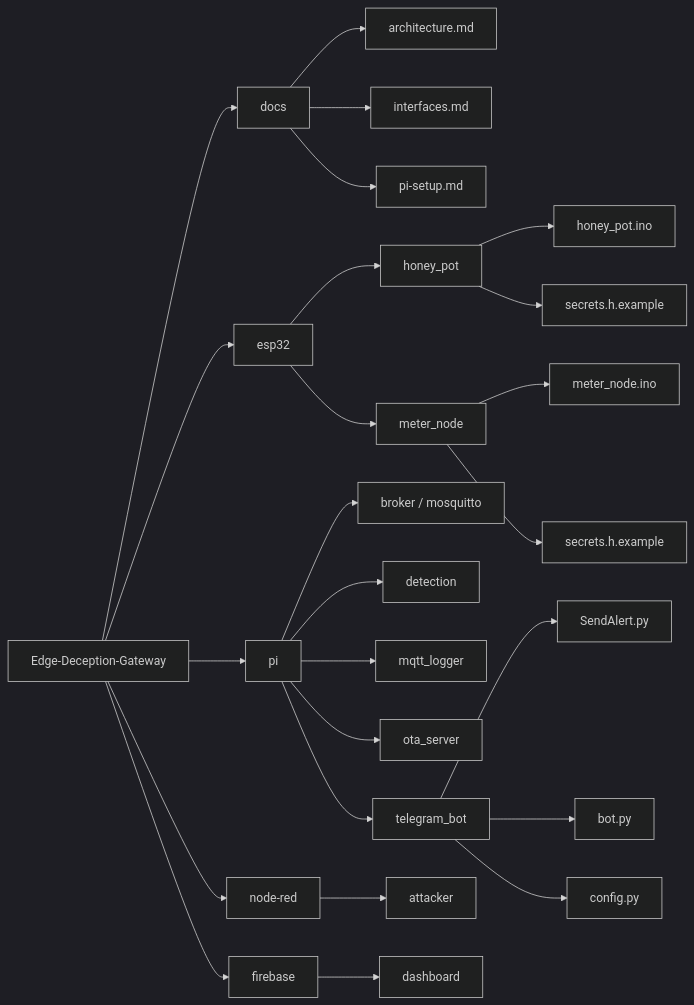
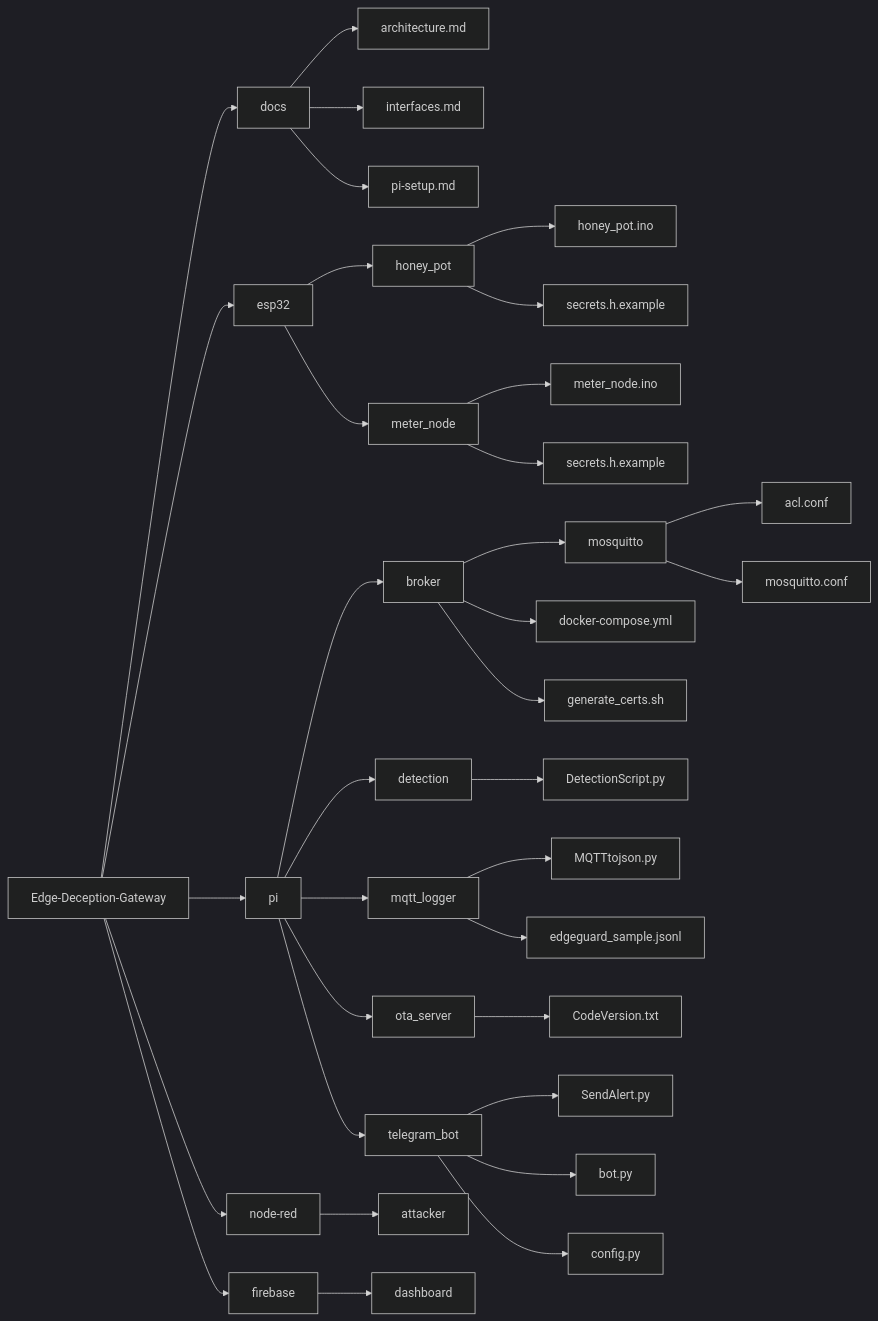
Before and after one commit to HaneenHany/Edge-Deception-Gateway: the diagram in README.md, drawn with Mermaid (dark theme).

````diff
--- a/README.md
+++ b/README.md
@@ -1,32 +1,48 @@
 ```mermaid
+
 flowchart LR
   R["Edge-Deception-Gateway"] --> D["docs"]
   R --> E["esp32"]
   R --> P["pi"]
   R --> N["node-red"]
   R --> F["firebase"]
 
   D --> D1["architecture.md"]
   D --> D2["interfaces.md"]
   D --> D3["pi-setup.md"]
 
   E --> E1["honey_pot"]
   E --> E2["meter_node"]
   E1 --> E1a["honey_pot.ino"]
   E1 --> E1b["secrets.h.example"]
   E2 --> E2a["meter_node.ino"]
   E2 --> E2b["secrets.h.example"]
 
-  P --> P1["broker / mosquitto"]
+  P --> P1["broker"]
   P --> P2["detection"]
   P --> P3["mqtt_logger"]
   P --> P4["ota_server"]
   P --> P5["telegram_bot"]
+
+  P1 --> P1a["mosquitto"]
+  P1 --> P1b["docker-compose.yml"]
+  P1 --> P1c["generate_certs.sh"]
+
+  P1a --> P1a1["acl.conf"]
+  P1a --> P1a2["mosquitto.conf"]
+
+  P2 --> P2a["DetectionScript.py"]
+
+  P3 --> P3a["MQTTtojson.py"]
+  P3 --> P3b["edgeguard_sample.jsonl"]
+
+  P4 --> P4a["CodeVersion.txt"]
 
   P5 --> P5a["SendAlert.py"]
   P5 --> P5b["bot.py"]
   P5 --> P5c["config.py"]
 
   N --> N1["attacker"]
   F --> F1["dashboard"]
+
 ```
````
